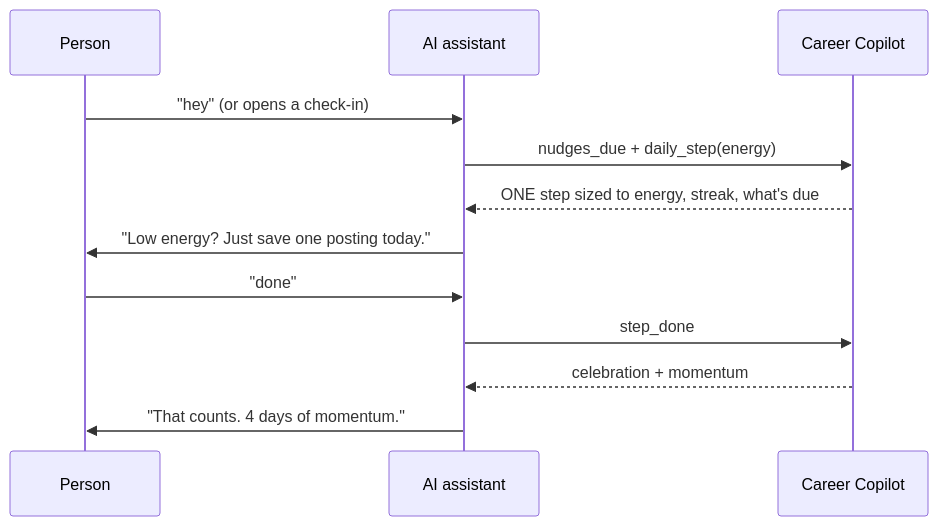
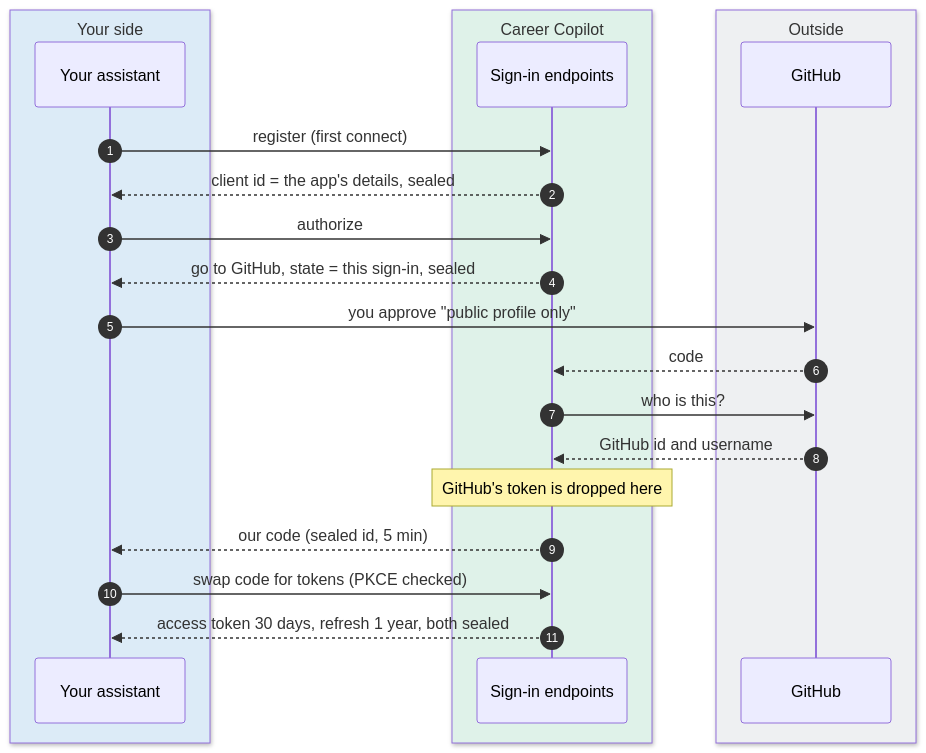
The third of 8 diagrams in docs/ARCHITECTURE.md (TusharSamantaray/career-copilot-mcp), drawn with Mermaid before and after one commit. The commit also changed other lines of this file and 10 other files, not shown here.

First line of the commit message:
docs: engineering notes, current architecture, coloured diagrams

````diff
--- a/docs/ARCHITECTURE.md
+++ b/docs/ARCHITECTURE.md
@@ -59,14 +105,25 @@
 ```mermaid
 sequenceDiagram
-  participant P as Person
-  participant A as AI assistant
-  participant C as Career Copilot
-  P->>A: "hey" (or opens a check-in)
-  A->>C: nudges_due + daily_step(energy)
-  C-->>A: ONE step sized to energy, streak, what's due
-  A->>P: "Low energy? Just save one posting today."
-  P->>A: "done"
-  A->>C: step_done
-  C-->>A: celebration + momentum
-  A->>P: "That counts. 4 days of momentum."
+  autonumber
+  box rgb(220,235,247) Your side
+    participant A as Your assistant
+  end
+  box rgb(223,242,233) Career Copilot
+    participant C as Sign-in endpoints
+  end
+  box rgb(238,240,242) Outside
+    participant G as GitHub
+  end
+  A->>C: register (first connect)
+  C-->>A: client id = the app's details, sealed
+  A->>C: authorize
+  C-->>A: go to GitHub, state = this sign-in, sealed
+  A->>G: you approve "public profile only"
+  G-->>C: code
+  C->>G: who is this?
+  G-->>C: GitHub id and username
+  Note over C: GitHub's token is dropped here
+  C-->>A: our code (sealed id, 5 min)
+  A->>C: swap code for tokens (PKCE checked)
+  C-->>A: access token 30 days, refresh 1 year, both sealed
 ```
````
